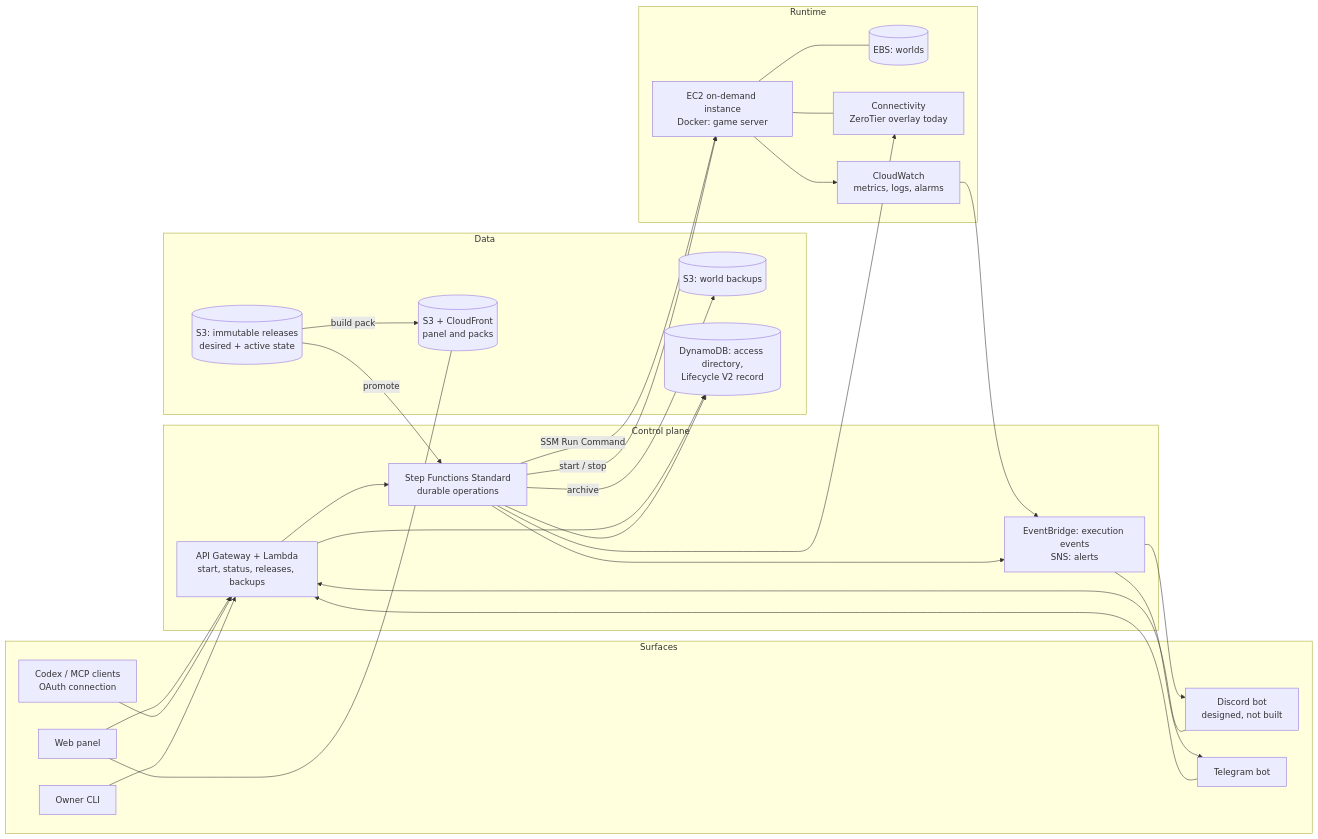
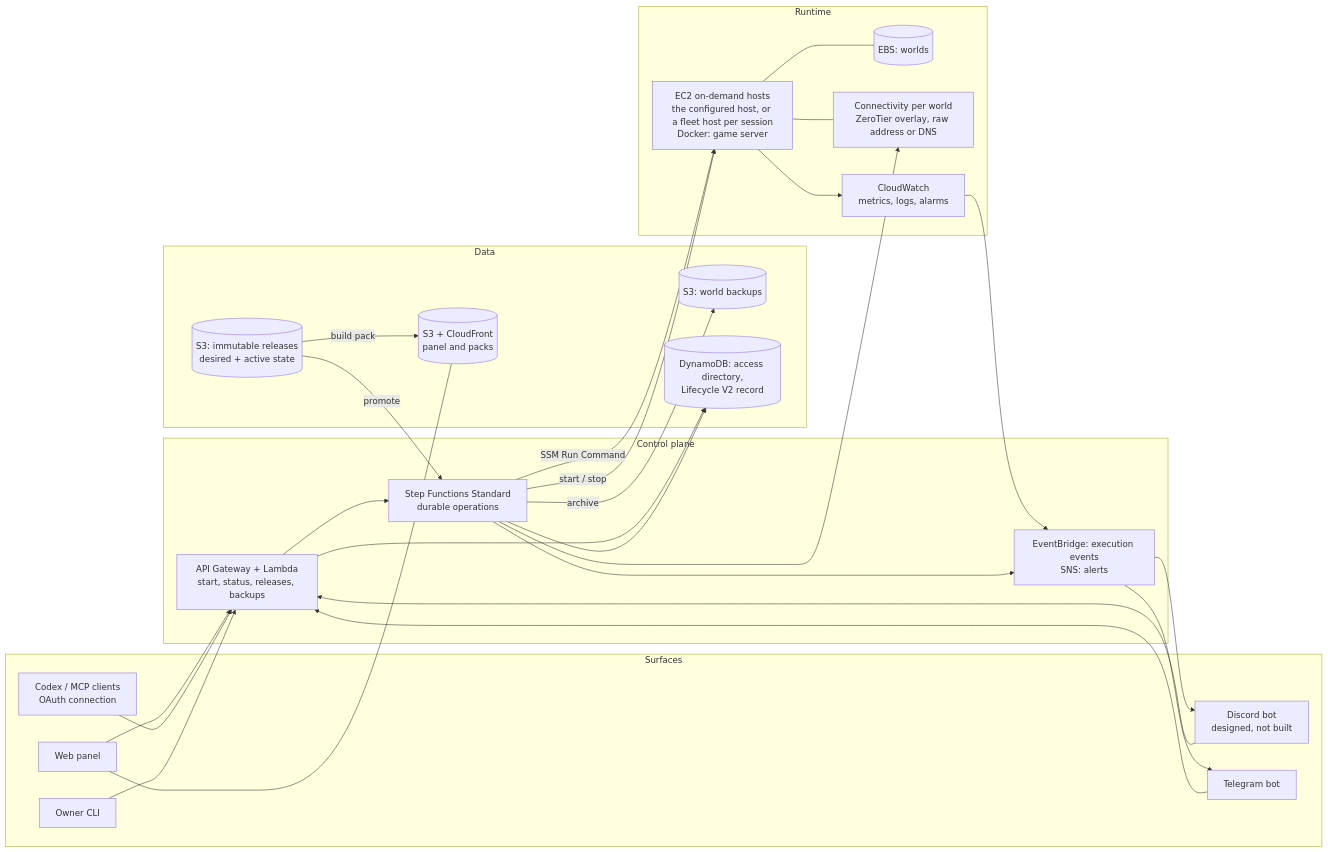
Before and after one commit to DrArzter/spawnpoint: the diagram in README.md, drawn with Mermaid. The commit also changed other lines of this file and 8 other files, not shown here.

````diff
--- a/README.md
+++ b/README.md
@@ -94,53 +106,53 @@
 ```mermaid
 flowchart LR
     subgraph Surfaces
         WEB[Web panel]
         DIS[Discord bot<br/>designed, not built]
         TG[Telegram bot]
         MCP[Codex / MCP clients<br/>OAuth connection]
         CLI[Owner CLI]
     end
 
     subgraph ControlPlane["Control plane"]
         API[API Gateway + Lambda<br/>start, status, releases, backups]
         SFN[Step Functions Standard<br/>durable operations]
         BUS[EventBridge: execution events<br/>SNS: alerts]
     end
 
     subgraph Data
         REL[(S3: immutable releases<br/>desired + active state)]
         BAK[(S3: world backups)]
         SITE[(S3 + CloudFront<br/>panel and packs)]
         DDB[(DynamoDB: access directory,<br/>Lifecycle V2 record)]
     end
 
     subgraph Runtime
-        EC2[EC2 on-demand instance<br/>Docker: game server]
+        EC2[EC2 on-demand hosts<br/>the configured host, or a fleet host per session<br/>Docker: game server]
         EBS[(EBS: worlds)]
-        NET[Connectivity<br/>ZeroTier overlay today]
+        NET[Connectivity per world<br/>ZeroTier overlay, raw address or DNS]
         CW[CloudWatch<br/>metrics, logs, alarms]
     end
 
     WEB --> API
     DIS --> API
     TG --> API
     MCP --> API
     CLI --> API
     API --> SFN
     API --> DDB
     SFN --> DDB
     SFN -->|SSM Run Command| EC2
     SFN -->|start / stop| EC2
     REL -->|promote| SFN
     EC2 --- EBS
     SFN -->|archive| BAK
     SFN --> NET
     EC2 --- NET
     EC2 --> CW
     CW --> BUS
     SFN --> BUS
     BUS --> DIS
     BUS --> TG
     WEB --- SITE
     REL -->|build pack| SITE
 ```
````
